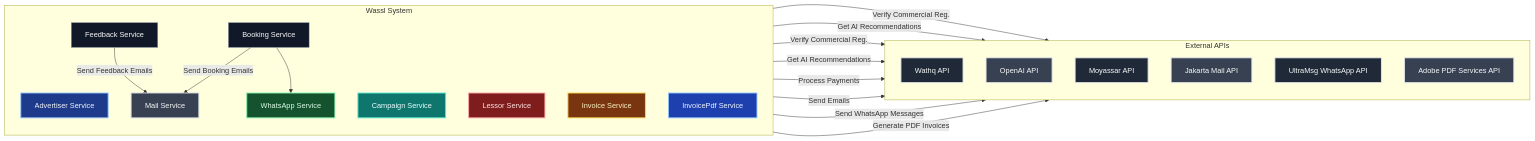
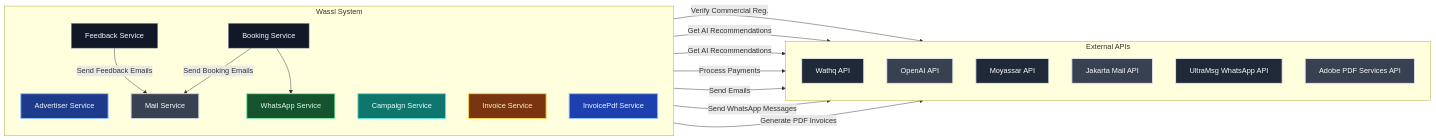
Before and after one commit to BlazeCode1/Wassl-Springboot-Capstone3: the diagram in README.md, drawn with Mermaid.

````diff
--- a/README.md
+++ b/README.md
@@ -96,64 +96,64 @@
 ```mermaid
+
 graph LR
 
   %% Define subgraphs for clarity
   subgraph WasslSystem[Wassl System]
     direction TB
 
     AdvertiserService["Advertiser Service"]
     CampaignService["Campaign Service"]
-    LessorService["Lessor Service"]
     InvoiceService["Invoice Service"]
     MailService["Mail Service"]
     WhatsAppService["WhatsApp Service"]
     InvoicePdfService["InvoicePdf Service"]
     FeedbackService["Feedback Service"]
     BookingService["Booking Service"]
   end
 
   subgraph ExternalAPIs[External APIs]
     direction TB
 
     WathqAPI["Wathq API"]
     OpenAIAPI["OpenAI API"]
     MoyassarAPI["Moyassar API"]
     JakartaMailAPI["Jakarta Mail API"]
     UltraMsgAPI["UltraMsg WhatsApp API"]
     AdobePDFAPI["Adobe PDF Services API"]
   end
 
   %% Style colors optimized for dark mode
   style AdvertiserService fill:#1e3a8a,stroke:#93c5fd,color:#f1f5f9,stroke-width:2px
   style CampaignService fill:#0f766e,stroke:#5eead4,color:#ecfeff,stroke-width:2px
-  style LessorService fill:#7f1d1d,stroke:#fca5a5,color:#fee2e2,stroke-width:2px
   style InvoiceService fill:#78350f,stroke:#fcd34d,color:#fef3c7,stroke-width:2px
   style MailService fill:#374151,stroke:#d1d5db,color:#f9fafb,stroke-width:2px
   style WhatsAppService fill:#14532d,stroke:#86efac,color:#dcfce7,stroke-width:2px
   style InvoicePdfService fill:#1e40af,stroke:#93c5fd,color:#eff6ff,stroke-width:2px
   style FeedbackService fill:#111827,stroke:#9ca3af,color:#f9fafb,stroke-width:1px
   style BookingService fill:#111827,stroke:#9ca3af,color:#f9fafb,stroke-width:1px
 
   style WathqAPI fill:#1f2937,stroke:#e5e7eb,color:#f9fafb,stroke-width:2px
   style OpenAIAPI fill:#374151,stroke:#e5e7eb,color:#f9fafb,stroke-width:2px
   style MoyassarAPI fill:#1f2937,stroke:#e5e7eb,color:#f9fafb,stroke-width:2px
   style JakartaMailAPI fill:#374151,stroke:#e5e7eb,color:#f9fafb,stroke-width:2px
   style UltraMsgAPI fill:#1f2937,stroke:#e5e7eb,color:#f9fafb,stroke-width:2px
   style AdobePDFAPI fill:#374151,stroke:#e5e7eb,color:#f9fafb,stroke-width:2px
 
   %% Connections (aligned pairs)
   AdvertiserService -->|"Verify Commercial Reg."| WathqAPI
   AdvertiserService -->|"Get AI Recommendations"| OpenAIAPI
 
-  LessorService -->|"Verify Commercial Reg."| WathqAPI
 
   CampaignService -->|"Get AI Recommendations"| OpenAIAPI
 
   InvoiceService -->|"Process Payments"| MoyassarAPI
   MailService -->|"Send Emails"| JakartaMailAPI
   WhatsAppService -->|"Send WhatsApp Messages"| UltraMsgAPI
   InvoicePdfService -->|"Generate PDF Invoices"| AdobePDFAPI
 
   FeedbackService -->|"Send Feedback Emails"| MailService
   BookingService -->|"Send Booking Emails"| MailService
   BookingService --> WhatsAppService
+
+
 ```
````
